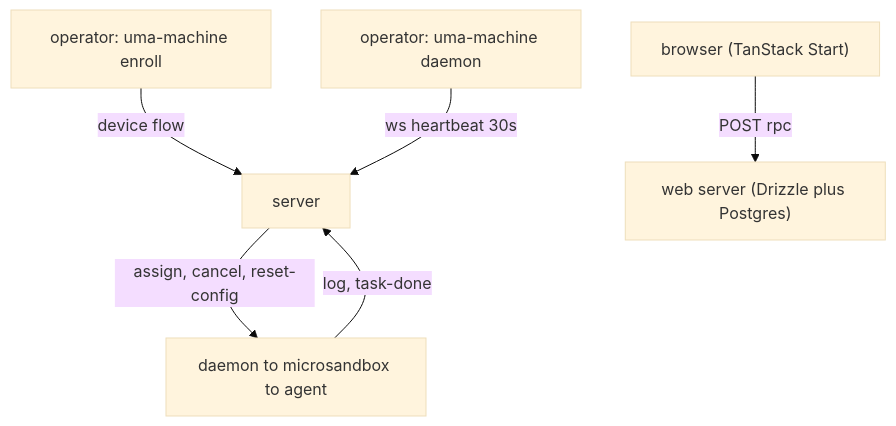
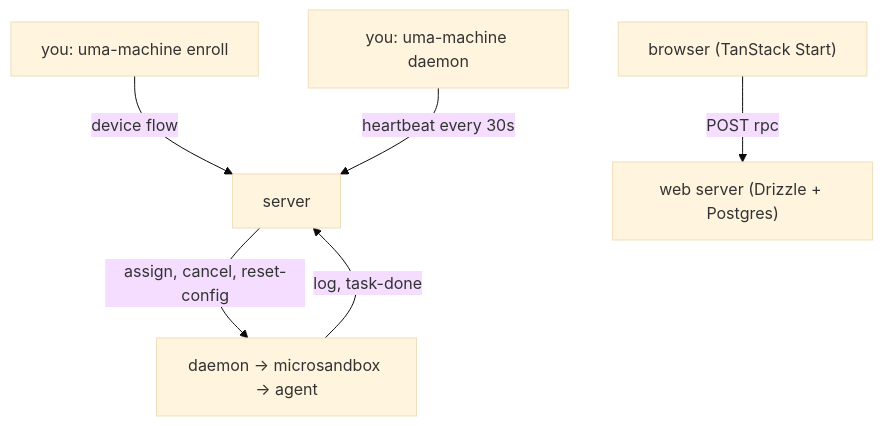
Before and after one commit to AdityaBorkar/uma: the diagram in apps/documentation/content/docs/architecture.mdx, drawn with Mermaid (base theme). The commit also changed other lines of this file and 31 other files, not shown here.

````diff
--- a/apps/documentation/content/docs/architecture.mdx
+++ b/apps/documentation/content/docs/architecture.mdx
@@ -8,8 +8,8 @@
 ```mermaid
 flowchart TD
-    A["operator: uma-machine enroll"] -->|device flow| B["server"]
-    C["operator: uma-machine daemon"] -->|ws heartbeat 30s| B
-    B -->|assign, cancel, reset-config| D["daemon to microsandbox to agent"]
+    A["you: uma-machine enroll"] -->|device flow| B["server"]
+    C["you: uma-machine daemon"] -->|heartbeat every 30s| B
+    B -->|assign, cancel, reset-config| D["daemon → microsandbox → agent"]
     D -->|log, task-done| B
-    E["browser (TanStack Start)"] -->|POST rpc| F["web server (Drizzle plus Postgres)"]
+    E["browser (TanStack Start)"] -->|POST rpc| F["web server (Drizzle + Postgres)"]
 ```
````
